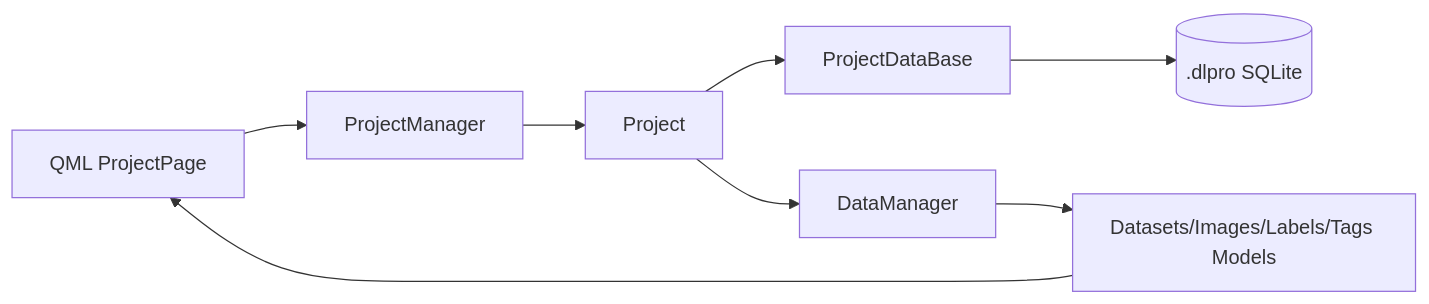
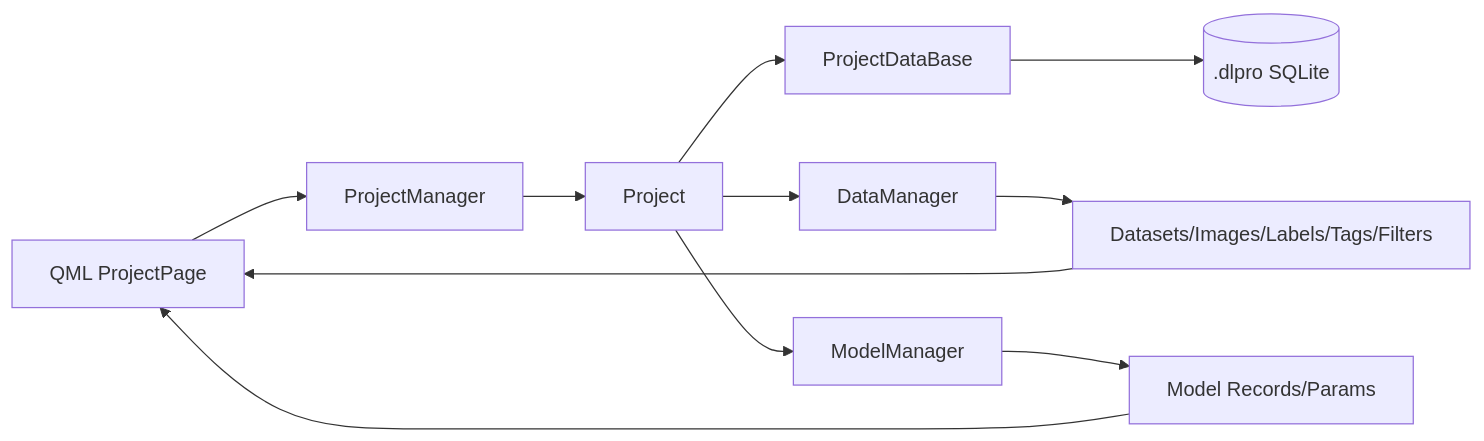
One commit to QWERDF007/DeepLearningTool changed the first of 3 diagrams in docs/CODE_STRUCTURE.md. Above: the diagram before and after it, drawn with Mermaid. The commit also changed other lines of this file and 13 other files, not shown here.

````diff
--- a/docs/CODE_STRUCTURE.md
+++ b/docs/CODE_STRUCTURE.md
@@ -297,10 +345,13 @@
 ```mermaid
 flowchart LR
   A[QML ProjectPage] --> B[ProjectManager]
   B --> C[Project]
   C --> D[ProjectDataBase]
   D --> E[(.dlpro SQLite)]
   C --> F[DataManager]
-  F --> G[Datasets/Images/Labels/Tags Models]
-  G --> A
+  C --> G[ModelManager]
+  F --> H[Datasets/Images/Labels/Tags/Filters]
+  G --> I[Model Records/Params]
+  H --> A
+  I --> A
 ```
````
